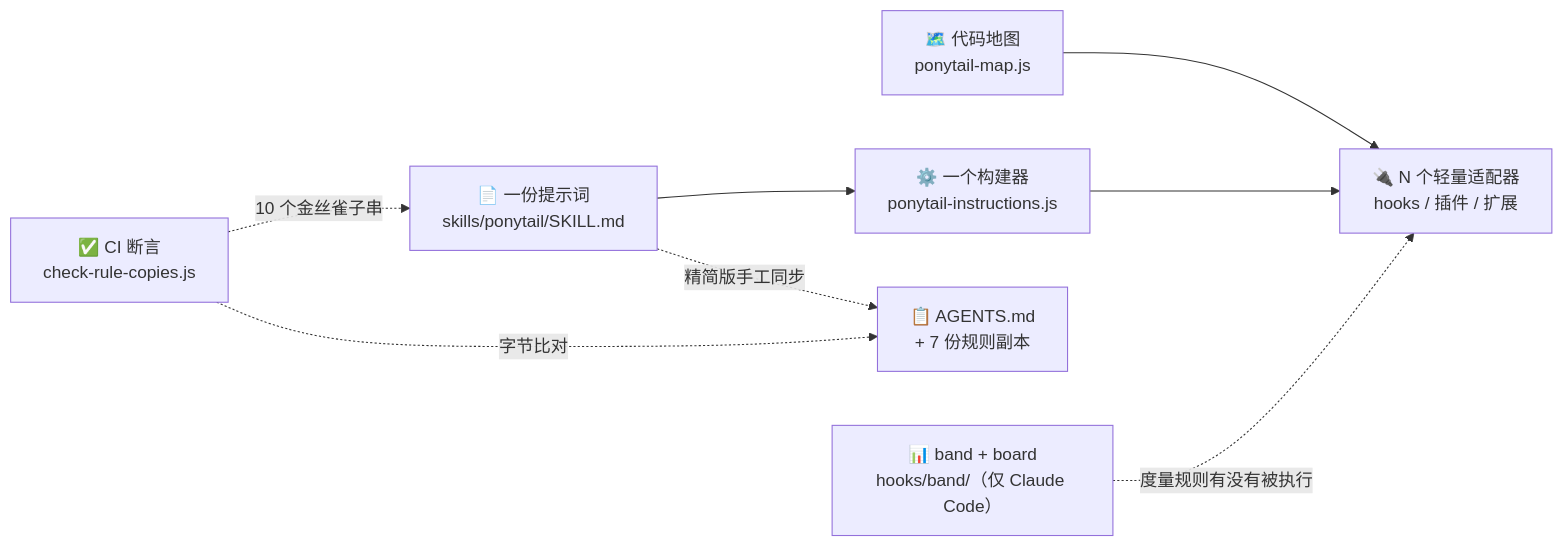
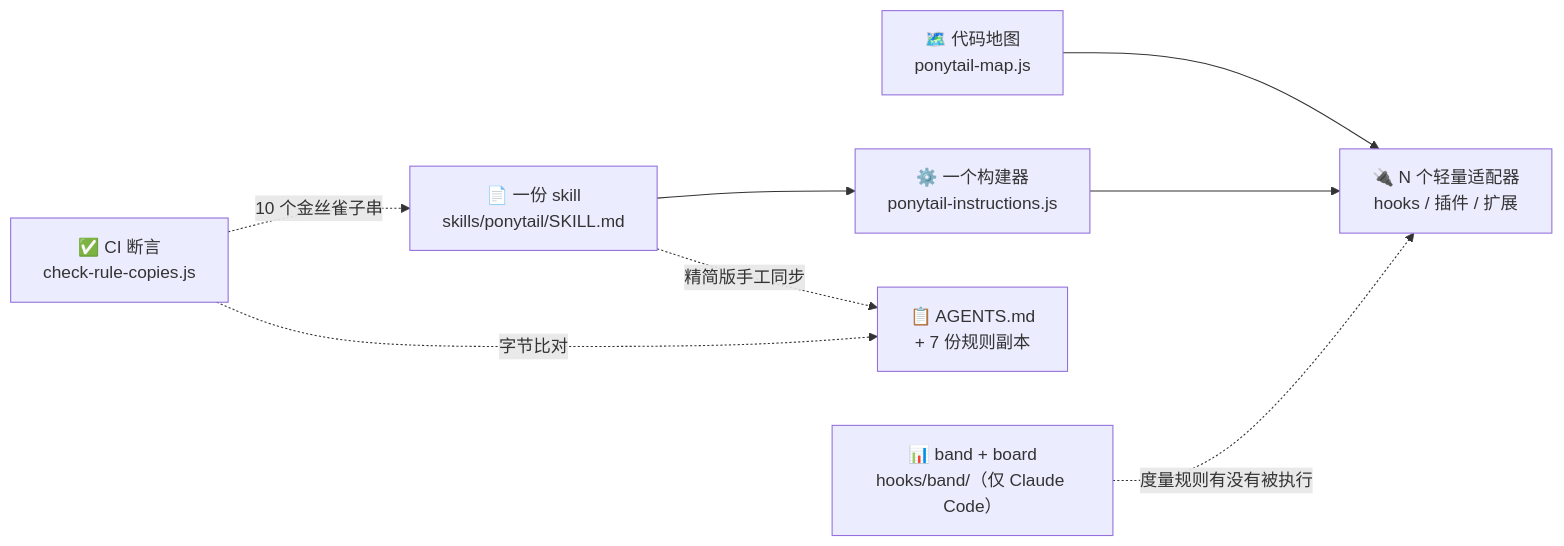
The fourth of 13 diagrams in content/AI Learning/Ponytail · 提示词分发系统架构解析.md (alexsunlee/alexsunlee.github.io), drawn with Mermaid before and after one commit. The commit also changed other lines of this file and 3 other files, not shown here.

Commit message:
Ponytail: one-skill wording in the note, 3D cover for the deck

````diff
--- a/content/AI Learning/Ponytail · 提示词分发系统架构解析.md
+++ b/content/AI Learning/Ponytail · 提示词分发系统架构解析.md
@@ -687,10 +687,10 @@
 ```mermaid
 graph LR
-    P["📄 一份提示词<br/>skills/ponytail/SKILL.md"] --> B["⚙️ 一个构建器<br/>ponytail-instructions.js"]
+    P["📄 一份 skill<br/>skills/ponytail/SKILL.md"] --> B["⚙️ 一个构建器<br/>ponytail-instructions.js"]
     MAP["🗺️ 代码地图<br/>ponytail-map.js"] --> A
     B --> A["🔌 N 个轻量适配器<br/>hooks / 插件 / 扩展"]
     P -.->|"精简版手工同步"| G["📋 AGENTS.md<br/>+ 7 份规则副本"]
     CI["✅ CI 断言<br/>check-rule-copies.js"] -.->|"字节比对"| G
     CI -.->|"10 个金丝雀子串"| P
     BAND["📊 band + board<br/>hooks/band/（仅 Claude Code）"] -.->|"度量规则有没有被执行"| A
 ```
````
